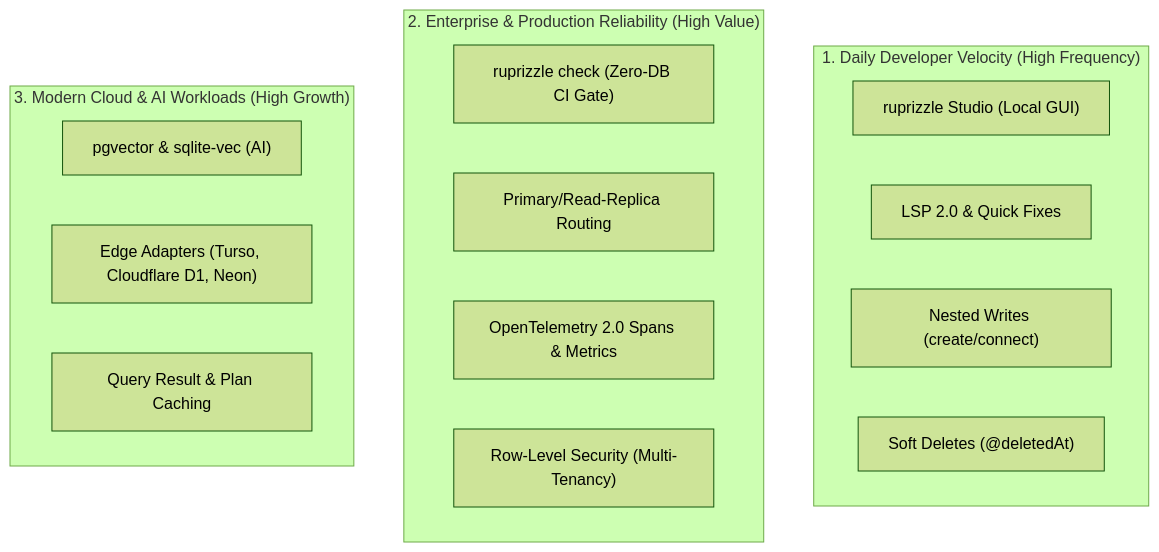
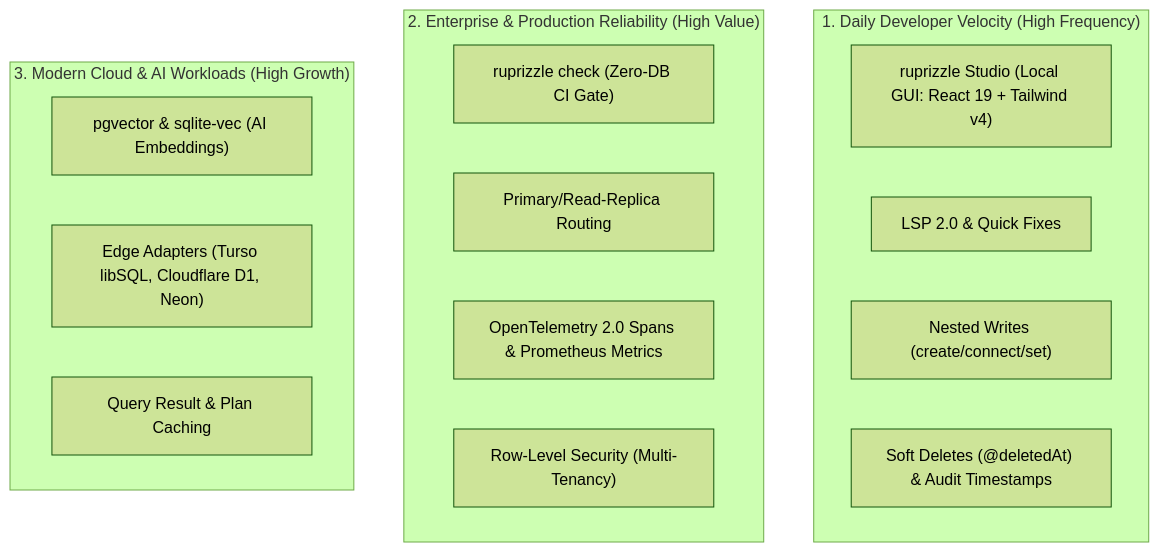
One commit to vaibhavgupta9877/ruprizzle-orm changed the diagram in ProjectPlan/v2/14_CompetitiveAnalysisAndMarketGains.md. Above: the diagram before and after it, drawn with Mermaid (forest theme). The commit also changed other lines of this file and 10 other files, not shown here.

Commit message:
docs(plan): update ecosystem baselines to Prisma 7.9+, Drizzle 0.45+, React 19, Tailwind v4, and aligned milestone releases

````diff
--- a/ProjectPlan/v2/14_CompetitiveAnalysisAndMarketGains.md
+++ b/ProjectPlan/v2/14_CompetitiveAnalysisAndMarketGains.md
@@ -50,22 +53,22 @@
 ```mermaid
 graph TD
     subgraph "1. Daily Developer Velocity (High Frequency)"
-        F1["ruprizzle Studio (Local GUI)"]
+        F1["ruprizzle Studio (Local GUI: React 19 + Tailwind v4)"]
         F2["LSP 2.0 & Quick Fixes"]
-        F3["Nested Writes (create/connect)"]
-        F4["Soft Deletes (@deletedAt)"]
+        F3["Nested Writes (create/connect/set)"]
+        F4["Soft Deletes (@deletedAt) & Audit Timestamps"]
     end
 
     subgraph "2. Enterprise & Production Reliability (High Value)"
         F5["ruprizzle check (Zero-DB CI Gate)"]
         F6["Primary/Read-Replica Routing"]
-        F7["OpenTelemetry 2.0 Spans & Metrics"]
+        F7["OpenTelemetry 2.0 Spans & Prometheus Metrics"]
         F8["Row-Level Security (Multi-Tenancy)"]
     end
 
     subgraph "3. Modern Cloud & AI Workloads (High Growth)"
-        F9["pgvector & sqlite-vec (AI)"]
-        F10["Edge Adapters (Turso, Cloudflare D1, Neon)"]
+        F9["pgvector & sqlite-vec (AI Embeddings)"]
+        F10["Edge Adapters (Turso libSQL, Cloudflare D1, Neon)"]
         F11["Query Result & Plan Caching"]
     end
 ```
````
